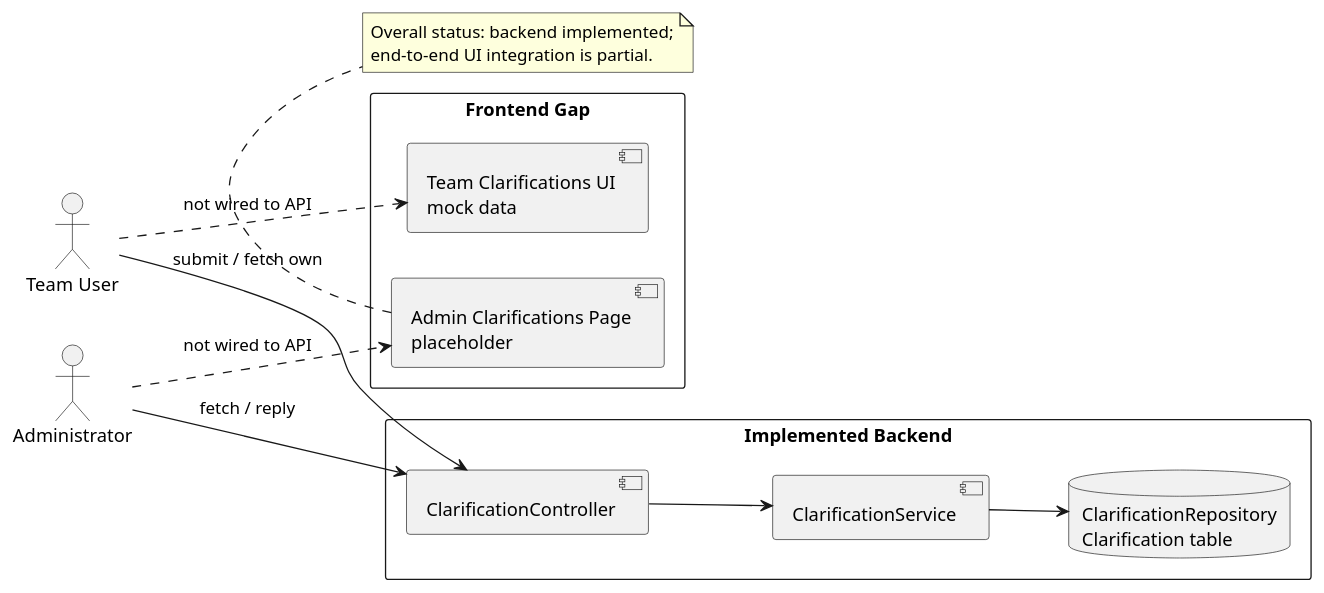
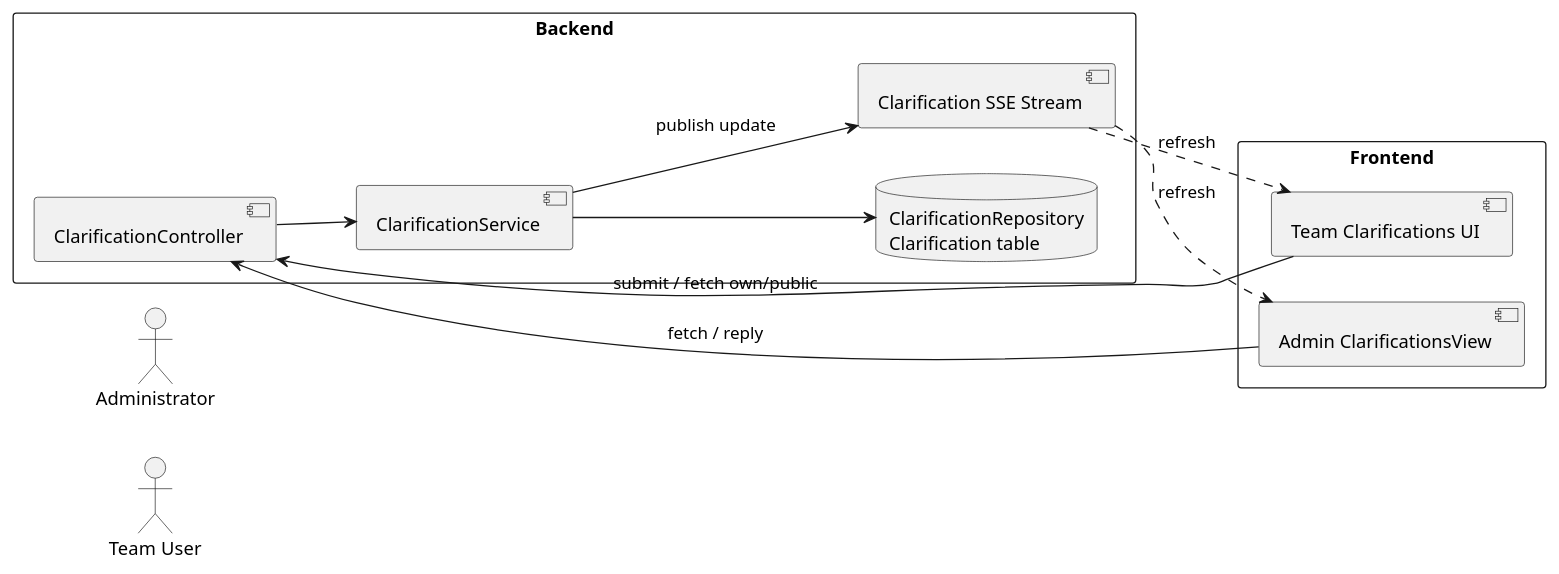
Diagram 12 of 17 in docs/report-rebuild/diagram-prompts.md (AuraC-graduate-project/AuraC2), drawn with PlantUML before and after one commit. The commit also changed other lines of this file and 10 other files, not shown here.

````diff
--- a/docs/report-rebuild/diagram-prompts.md
+++ b/docs/report-rebuild/diagram-prompts.md
@@ -464,26 +476,24 @@
 ```plantuml
 @startuml
 left to right direction
 actor "Team User" as Team
 actor Administrator as Admin
-rectangle "Implemented Backend" as Backend {
+rectangle "Frontend" as Frontend {
+  [Team Clarifications UI]
+  [Admin ClarificationsView]
+}
+rectangle "Backend" as Backend {
   [ClarificationController]
   [ClarificationService]
   database "ClarificationRepository\nClarification table" as CDB
+  [Clarification SSE Stream]
 }
-rectangle "Frontend Gap" as Frontend {
-  [Team Clarifications UI\nmock data]
-  [Admin Clarifications Page\nplaceholder]
-}
-Team --> [ClarificationController] : submit / fetch own
-Admin --> [ClarificationController] : fetch / reply
+[Team Clarifications UI] --> [ClarificationController] : submit / fetch own/public
+[Admin ClarificationsView] --> [ClarificationController] : fetch / reply
 [ClarificationController] --> [ClarificationService]
 [ClarificationService] --> CDB
-Team ..> [Team Clarifications UI\nmock data] : not wired to API
-Admin ..> [Admin Clarifications Page\nplaceholder] : not wired to API
-note bottom
-Overall status: backend implemented;
-end-to-end UI integration is partial.
-end note
+[ClarificationService] --> [Clarification SSE Stream] : publish update
+[Clarification SSE Stream] ..> [Team Clarifications UI] : refresh
+[Clarification SSE Stream] ..> [Admin ClarificationsView] : refresh
 @enduml
 ```
````
